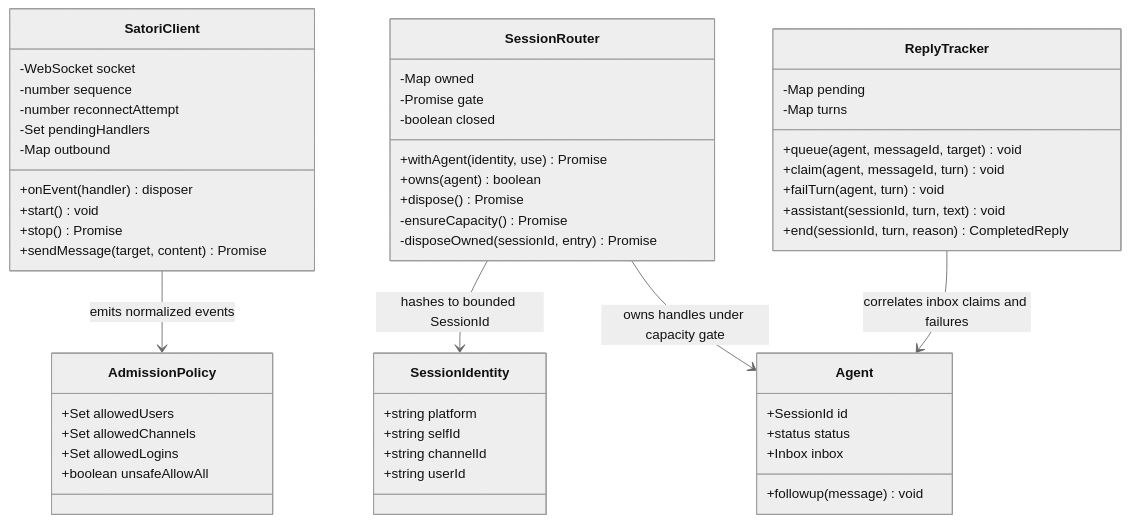
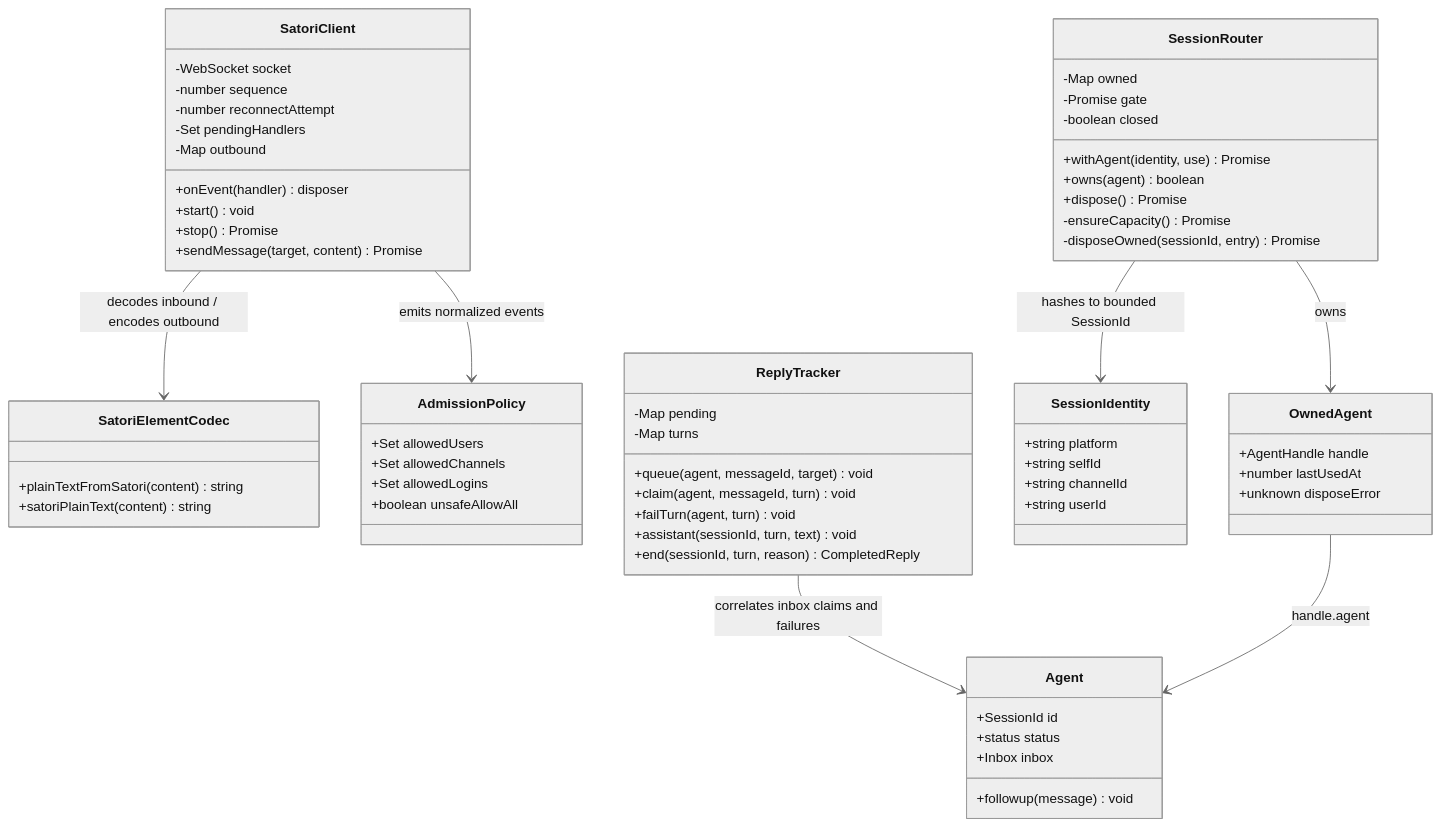
The diagram in docs/uml.md (Ri0n72Y/dsh-satori), drawn with Mermaid (neutral theme) before and after one commit.

Commit message:
docs: sync codec and teardown ownership UML

````diff
--- a/docs/uml.md
+++ b/docs/uml.md
@@ -3,61 +3,74 @@
 ```mermaid
 classDiagram
     class SatoriClient {
         -WebSocket socket
         -number sequence
         -number reconnectAttempt
         -Set pendingHandlers
         -Map outbound
         +onEvent(handler) disposer
         +start() void
         +stop() Promise
         +sendMessage(target, content) Promise
     }
 
+    class SatoriElementCodec {
+        +plainTextFromSatori(content) string
+        +satoriPlainText(content) string
+    }
+
     class SessionRouter {
         -Map owned
         -Promise gate
         -boolean closed
         +withAgent(identity, use) Promise
         +owns(agent) boolean
         +dispose() Promise
         -ensureCapacity() Promise
         -disposeOwned(sessionId, entry) Promise
+    }
+
+    class OwnedAgent {
+        +AgentHandle handle
+        +number lastUsedAt
+        +unknown disposeError
     }
 
     class ReplyTracker {
         -Map pending
         -Map turns
         +queue(agent, messageId, target) void
         +claim(agent, messageId, turn) void
         +failTurn(agent, turn) void
         +assistant(sessionId, turn, text) void
         +end(sessionId, turn, reason) CompletedReply
     }
 
     class AdmissionPolicy {
         +Set allowedUsers
         +Set allowedChannels
         +Set allowedLogins
         +boolean unsafeAllowAll
     }
 
     class SessionIdentity {
         +string platform
         +string selfId
         +string channelId
         +string userId
     }
 
     class Agent {
         +SessionId id
         +followup(message) void
         +status status
         +Inbox inbox
     }
 
+    SatoriClient --> SatoriElementCodec : decodes inbound / encodes outbound
     SatoriClient --> AdmissionPolicy : emits normalized events
     SessionRouter --> SessionIdentity : hashes to bounded SessionId
-    SessionRouter --> Agent : owns handles under capacity gate
+    SessionRouter --> OwnedAgent : owns
+    OwnedAgent --> Agent : handle.agent
     ReplyTracker --> Agent : correlates inbox claims and failures
 ```
````
